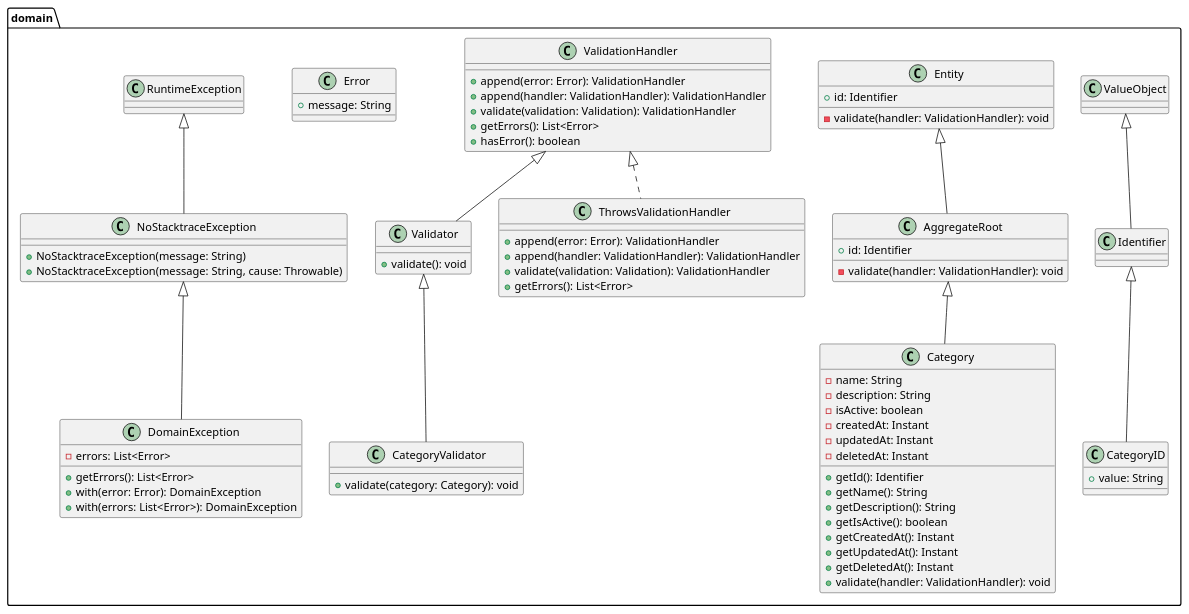
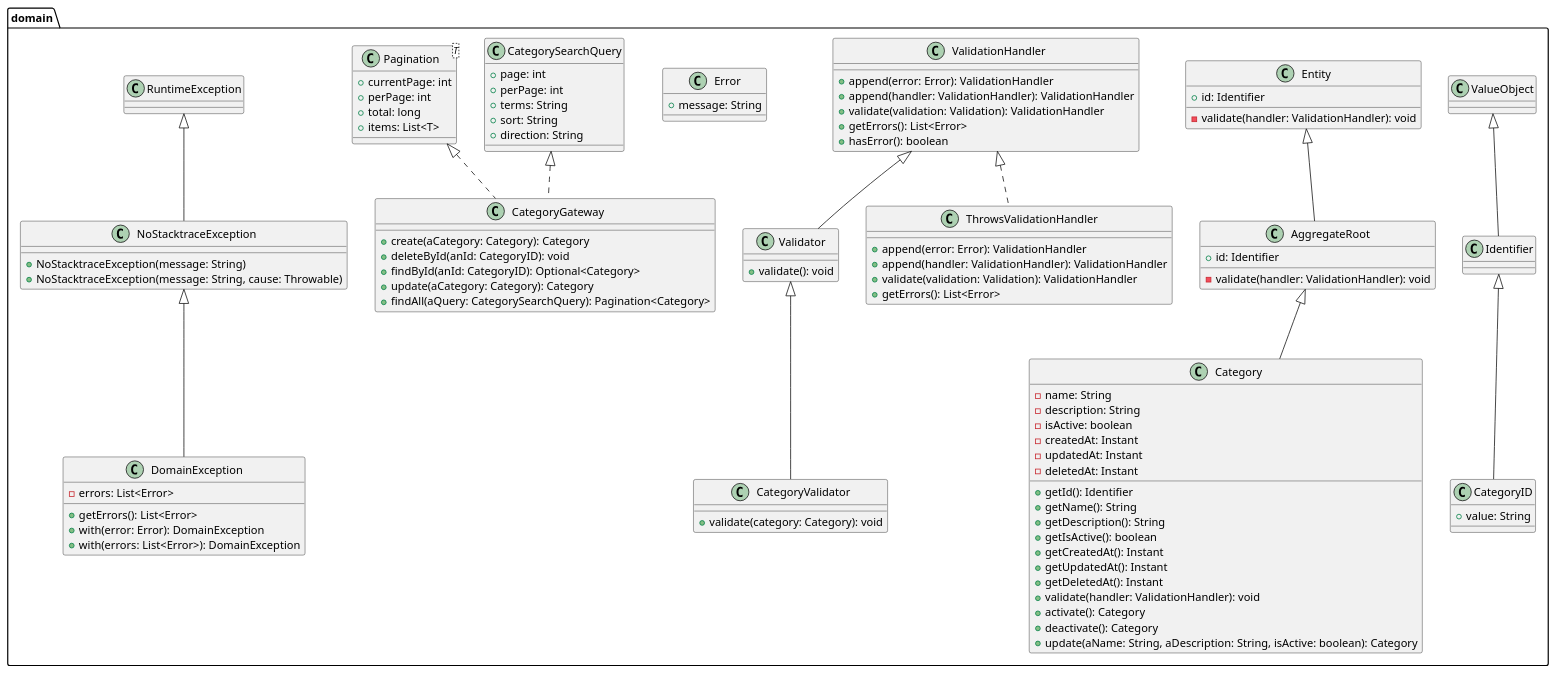
The diagram in domain-diagram.puml (celsopires1999/cap-micro-admin-videos), drawn with PlantUML before and after one commit. The commit also changed 3 other files, not shown here.

```diff
--- a/domain-diagram.puml
+++ b/domain-diagram.puml
@@ -1,89 +1,117 @@
 @startuml Domain
 package domain {
     class Identifier {
     }
 
     class ValueObject {
     }
 
     class AggregateRoot {
         + id: Identifier
         - validate(handler: ValidationHandler): void
     }
 
     class Entity {
         + id: Identifier
         - validate(handler: ValidationHandler): void
     }
 
     class ValidationHandler {
         + append(error: Error): ValidationHandler
         + append(handler: ValidationHandler): ValidationHandler
         + validate(validation: Validation): ValidationHandler
         + getErrors(): List<Error>
         + hasError(): boolean
     }
 
     class Validator {
         + validate(): void
     }
 
     class Error {
         + message: String
     }
 
     class DomainException {
         - errors: List<Error>
         + getErrors(): List<Error>
         + with(error: Error): DomainException
         + with(errors: List<Error>): DomainException
     }
 
     class Category {
         - name: String
         - description: String
         - isActive: boolean
         - createdAt: Instant
         - updatedAt: Instant
         - deletedAt: Instant
         + getId(): Identifier
         + getName(): String
         + getDescription(): String
         + getIsActive(): boolean
         + getCreatedAt(): Instant
         + getUpdatedAt(): Instant
         + getDeletedAt(): Instant
         + validate(handler: ValidationHandler): void
+        + activate(): Category
+        + deactivate(): Category
+        + update(aName: String, aDescription: String, isActive: boolean): Category
     }
 
     class CategoryID {
         + value: String
     }
 
     class CategoryValidator {
         + validate(category: Category): void
     }
 
     class NoStacktraceException {
         + NoStacktraceException(message: String)
         + NoStacktraceException(message: String, cause: Throwable)
     }
 
     class ThrowsValidationHandler {
         + append(error: Error): ValidationHandler
         + append(handler: ValidationHandler): ValidationHandler
         + validate(validation: Validation): ValidationHandler
         + getErrors(): List<Error>
     }
 
+    class CategorySearchQuery {
+        + page: int
+        + perPage: int
+        + terms: String
+        + sort: String
+        + direction: String
+    }
+
+    class Pagination<T> {
+        + currentPage: int
+        + perPage: int
+        + total: long
+        + items: List<T>
+    }
+
+    class CategoryGateway {
+        + create(aCategory: Category): Category
+        + deleteById(anId: CategoryID): void
+        + findById(anId: CategoryID): Optional<Category>
+        + update(aCategory: Category): Category
+        + findAll(aQuery: CategorySearchQuery): Pagination<Category>
+    }
+
     Entity <|-- AggregateRoot
     AggregateRoot <|-- Category
     Identifier <|-- CategoryID
     ValidationHandler <|-- Validator
     ValueObject <|-- Identifier
     Validator <|-- CategoryValidator
     RuntimeException <|-- NoStacktraceException
     NoStacktraceException <|-- DomainException
     ValidationHandler <|.. ThrowsValidationHandler
+    CategorySearchQuery <|.. CategoryGateway
+    Pagination <|.. CategoryGateway
 }
 @enduml
```
